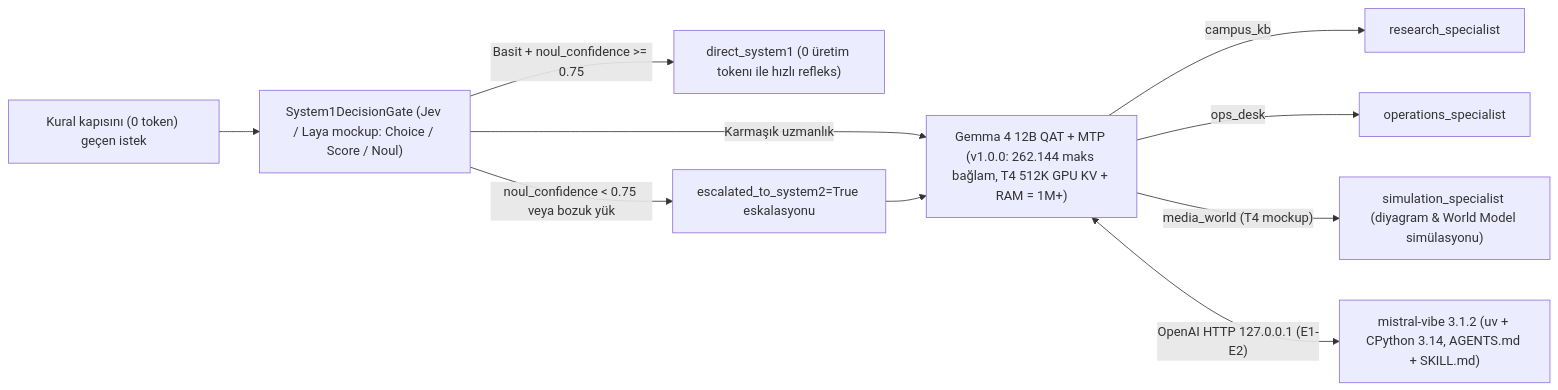
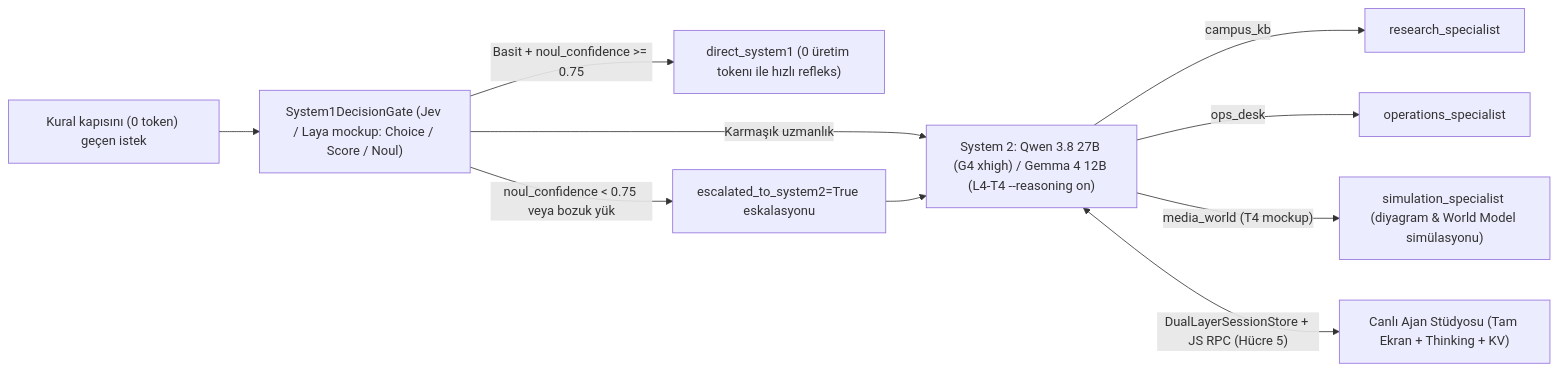
Before and after one commit to onlyxItachi/AgentLab: the fourth of 4 diagrams in sessions/03-modern-agent-stack/ders-notlari.md, drawn with Mermaid. The commit also changed other lines of this file and 29 other files, not shown here.

````diff
--- a/sessions/03-modern-agent-stack/ders-notlari.md
+++ b/sessions/03-modern-agent-stack/ders-notlari.md
@@ -137,12 +140,12 @@
 ```mermaid
 flowchart LR
     In["Kural kapısını (0 token) geçen istek"] --> S1["System1DecisionGate (Jev / Laya mockup: Choice / Score / Noul)"]
     S1 -->|"Basit + noul_confidence >= 0.75"| Direct["direct_system1 (0 üretim tokenı ile hızlı refleks)"]
-    S1 -->|"Karmaşık uzmanlık"| Spec["Gemma 4 12B QAT + MTP (v1.0.0: 262.144 maks bağlam, T4 512K GPU KV + RAM = 1M+)"]
+    S1 -->|"Karmaşık uzmanlık"| Spec["System 2: Qwen 3.8 27B (G4 xhigh) / Gemma 4 12B (L4-T4 --reasoning on)"]
     S1 -->|"noul_confidence < 0.75 veya bozuk yük"| Esc["escalated_to_system2=True eskalasyonu"]
     Esc --> Spec
     Spec -->|"campus_kb"| Res["research_specialist"]
     Spec -->|"ops_desk"| Ops["operations_specialist"]
     Spec -->|"media_world (T4 mockup)"| Sim["simulation_specialist (diyagram & World Model simülasyonu)"]
-    Spec <-->|"OpenAI HTTP 127.0.0.1 (E1-E2)"| CLI["mistral-vibe 3.1.2 (uv + CPython 3.14, AGENTS.md + SKILL.md)"]
+    Spec <-->|"DualLayerSessionStore + JS RPC (Hücre 5)"| UI["Canlı Ajan Stüdyosu (Tam Ekran + Thinking + KV)"]
 ```
````
